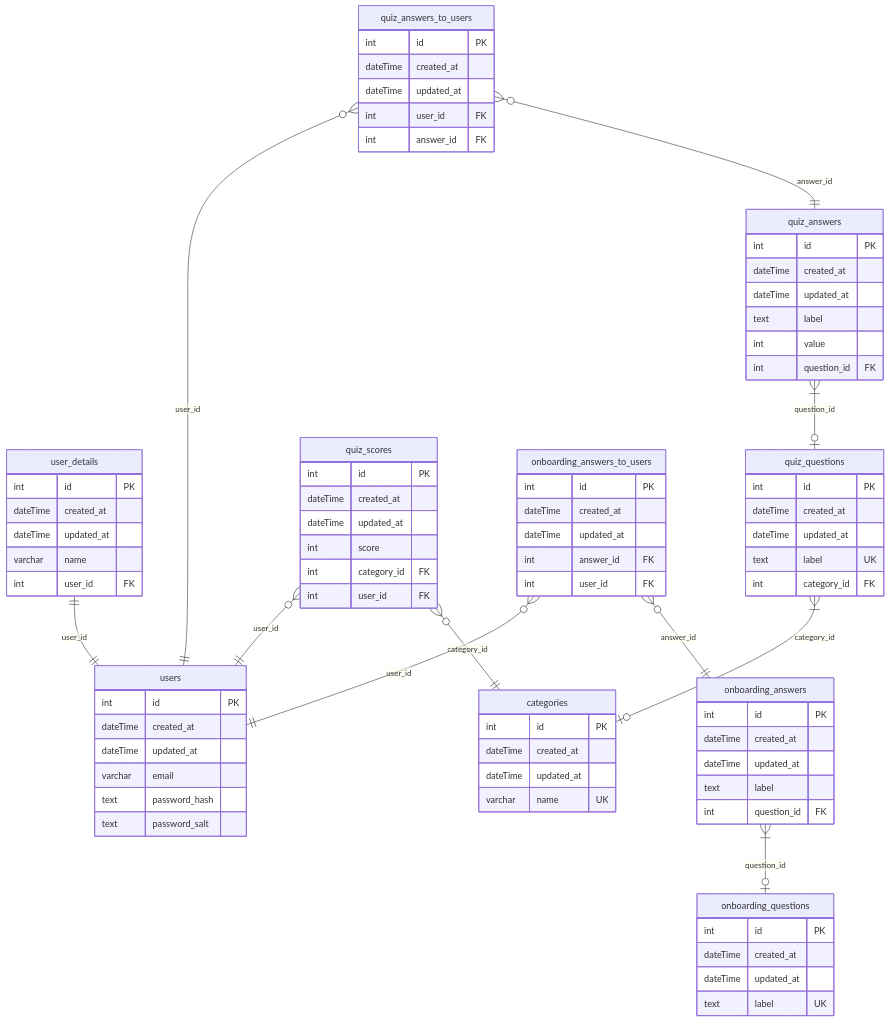
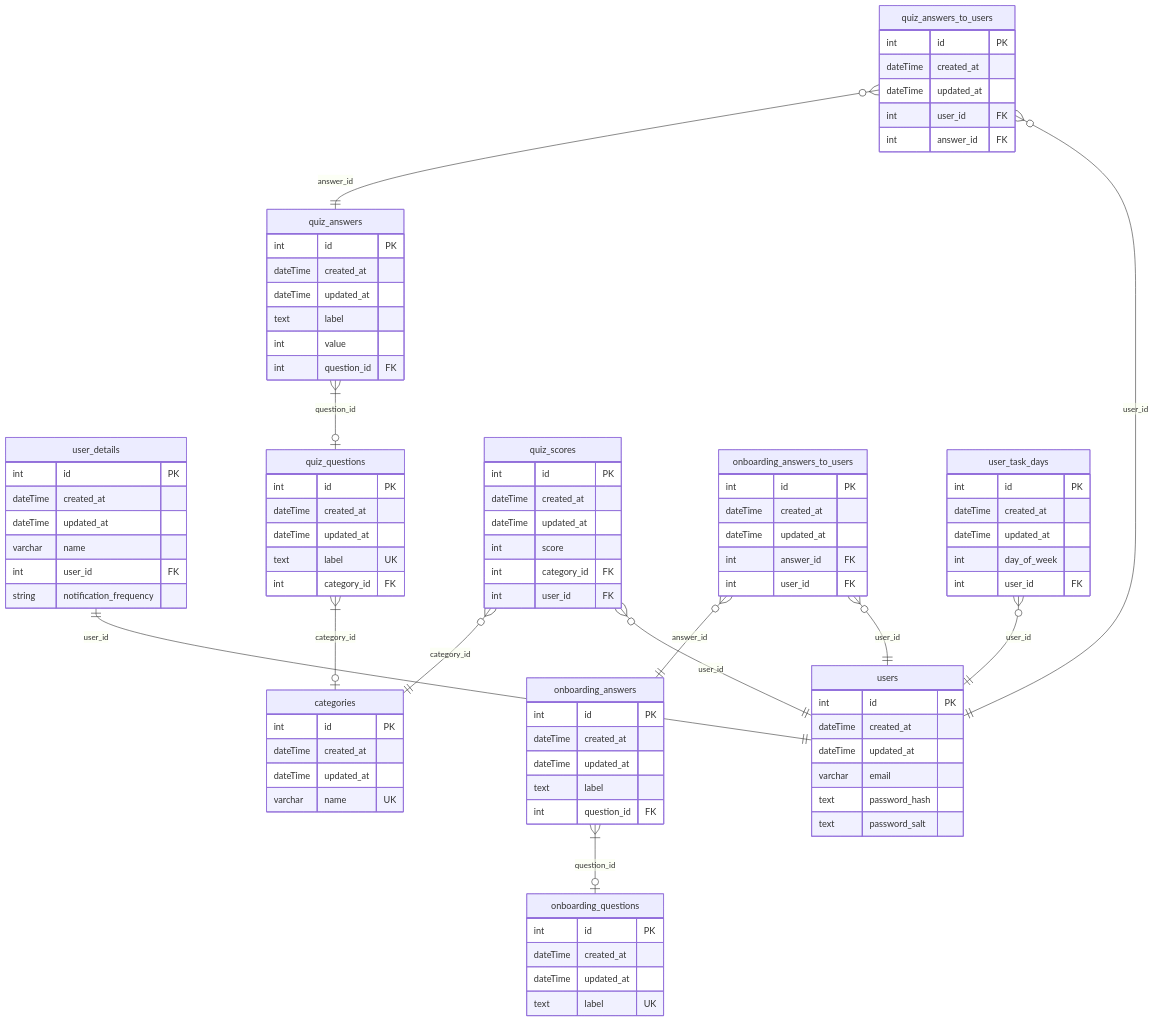
The diagram in readme.md (BinaryStudioAcademy/bsa-2024-bebalance), drawn with Mermaid before and after one commit. The commit also changed 59 other files, not shown here.

````diff
--- a/readme.md
+++ b/readme.md
@@ -41,6 +41,7 @@
         dateTime updated_at
         varchar name
         int user_id FK
+        string notification_frequency
     }
 
     categories {
@@ -115,4 +116,14 @@
         int answer_id FK
         int user_id FK
     }
+
+    user_task_days }o--|| users : user_id
+    user_task_days {
+        int id PK
+        dateTime created_at
+        dateTime updated_at
+        int day_of_week
+        int user_id FK
+    }
+
 ```
````
